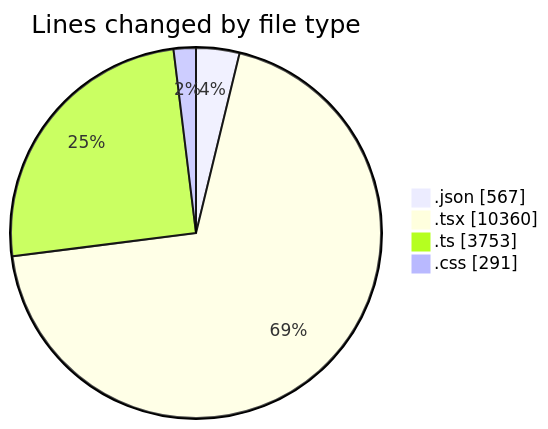
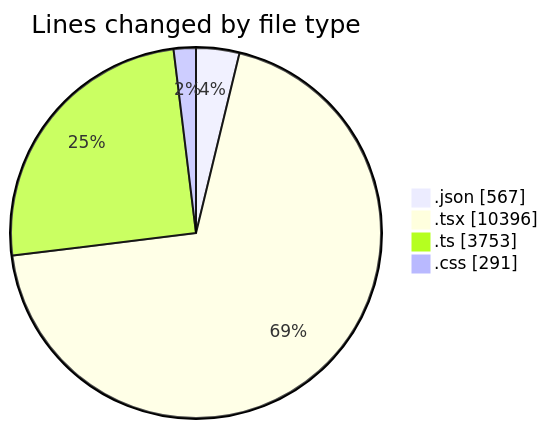
The first of 2 diagrams in 2025-10-07/eventscop-frontend-guide__workspace_/README.md (julien-gomy/code-tracking), drawn with Mermaid before and after one commit. The commit also changed other lines of this file and 1 other file, not shown here.

````diff
--- a/2025-10-07/eventscop-frontend-guide__workspace_/README.md
+++ b/2025-10-07/eventscop-frontend-guide__workspace_/README.md
@@ -93,8 +93,8 @@
 ```mermaid
 pie showData
 title Lines changed by file type
 ".json" : 567
-".tsx" : 10360
+".tsx" : 10396
 ".ts" : 3753
 ".css" : 291
 ```
````
